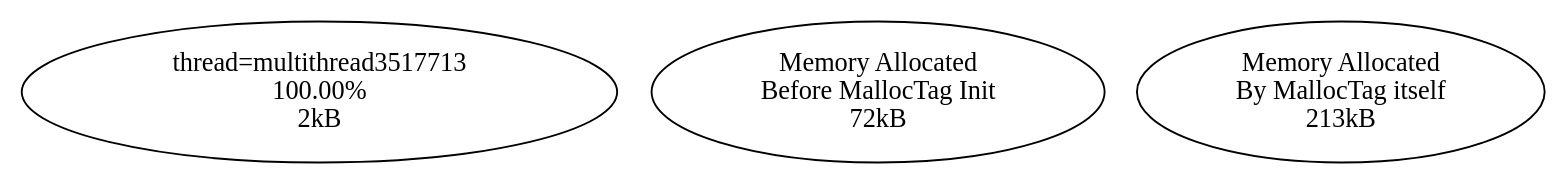
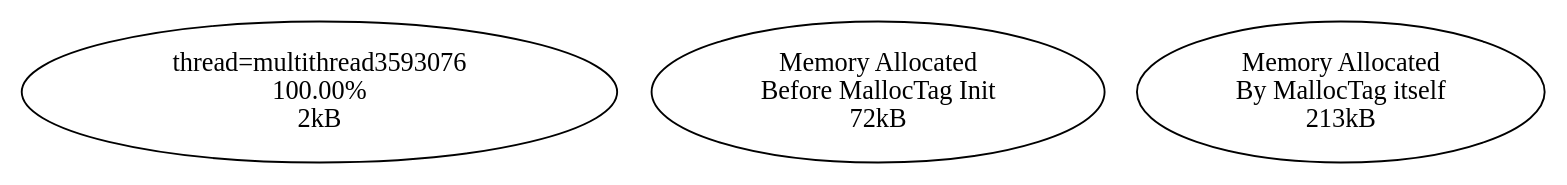
One commit to f18m/malloc-tag changed the diagram in examples/multithread/multithread_stats.dot. Above: the diagram before and after it, drawn with Graphviz. The commit also changed 5 other files, not shown here.

```diff
--- a/examples/multithread/multithread_stats.dot
+++ b/examples/multithread/multithread_stats.dot
@@ -1,5 +1,5 @@
 digraph MallocTree {
-multithread3517713 [label="thread=multithread3517713\n100.00%\n2kB"]
+multithread3593076 [label="thread=multithread3593076\n100.00%\n2kB"]
 __before_init_node__ [label="Memory Allocated\nBefore MallocTag Init\n72kB"]
 __malloctag_self_memory__ [label="Memory Allocated\nBy MallocTag itself\n213kB"]
 }
```
